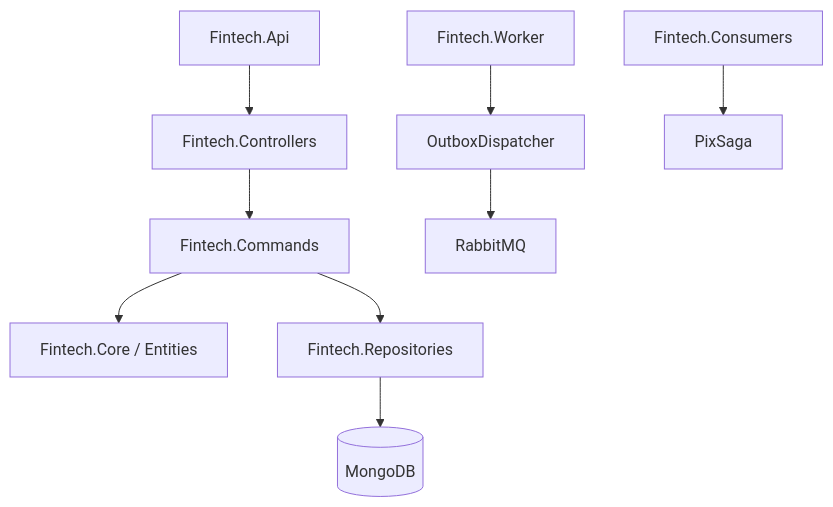
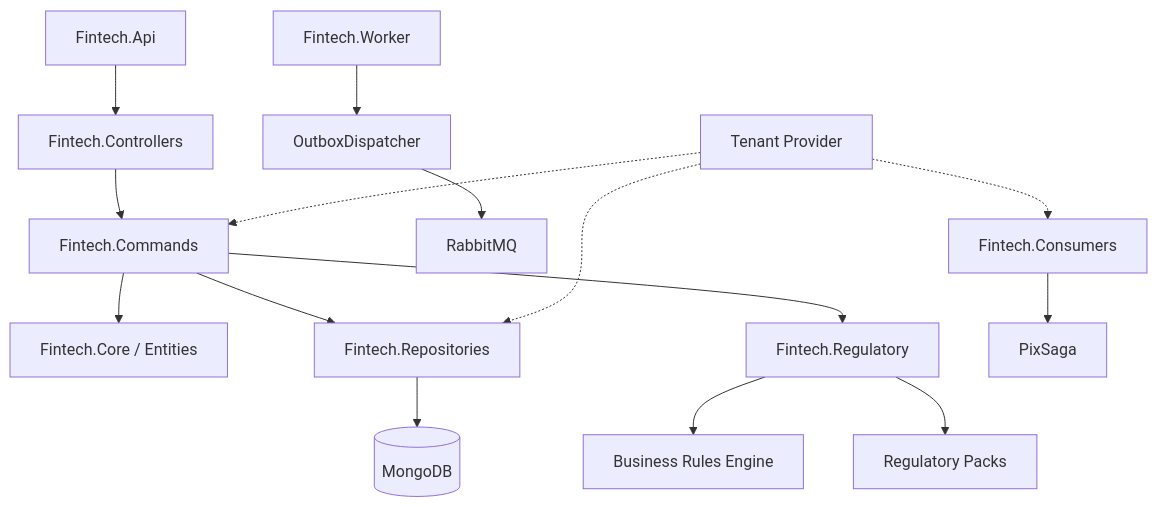
The diagram in README.md (LuckArkman/D.AI-bank), drawn with Mermaid before and after one commit. The commit also changed other lines of this file and 1023 other files, not shown here.

````diff
--- a/README.md
+++ b/README.md
@@ -54,11 +115,18 @@
 ```mermaid
 graph TD
     API[Fintech.Api] --> Controllers[Fintech.Controllers]
     Controllers --> Handlers[Fintech.Commands]
     Handlers --> Domain[Fintech.Core / Entities]
     Handlers --> Repo[Fintech.Repositories]
+    Handlers --> Regulatory[Fintech.Regulatory]
+    Regulatory --> RulesEngine[Business Rules Engine]
+    Regulatory --> RegPacks[Regulatory Packs]
     Repo --> DB[(MongoDB)]
     Workers[Fintech.Worker] --> Outbox[OutboxDispatcher]
     Outbox --> Broker[RabbitMQ]
     Consumers[Fintech.Consumers] --> Sagas[PixSaga]
+    
+    TenantProvider[Tenant Provider] -.-> Handlers
+    TenantProvider -.-> Repo
+    TenantProvider -.-> Consumers
 ```
````
